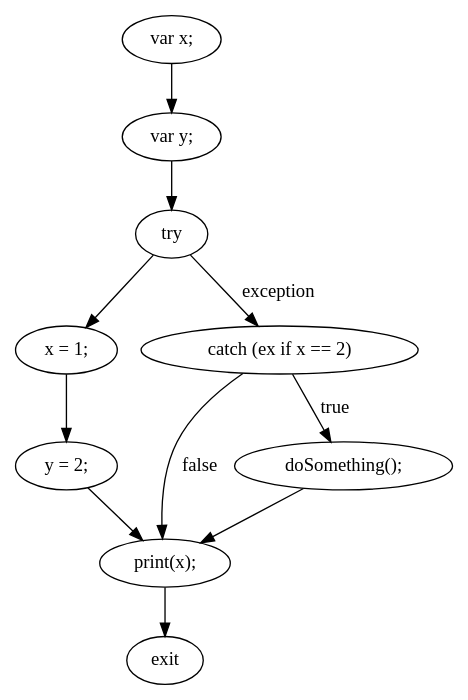
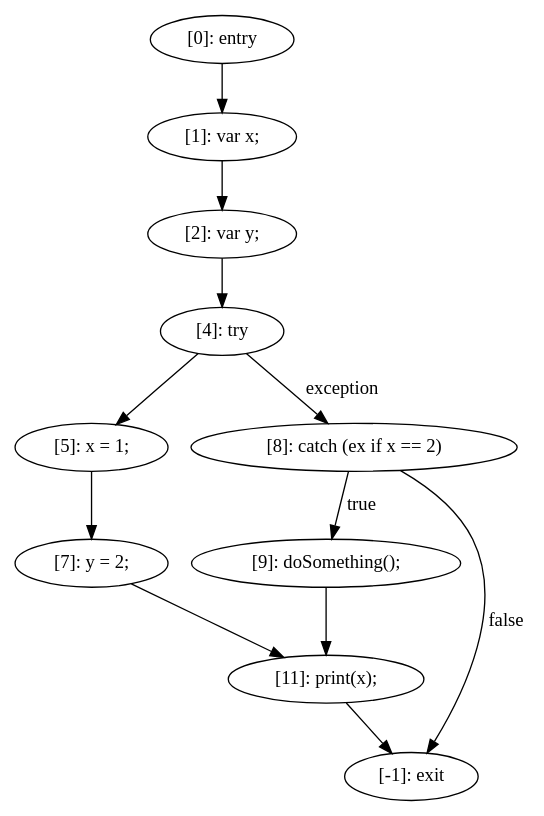
One commit to Shoreray/JsRetest changed the diagram in JsRetest/jsTests/dotFiles/testTryCatch.js.0.dot. Above: the diagram before and after it, drawn with Graphviz. The commit also changed 236 other files, not shown here.

```diff
--- a/JsRetest/jsTests/dotFiles/testTryCatch.js.0.dot
+++ b/JsRetest/jsTests/dotFiles/testTryCatch.js.0.dot
@@ -1,21 +1,23 @@
 digraph {
-"0" [label="x = 1;\n"] 
-"1" [label="try "] 
-"2" [label="print(x);\n"] 
-"3" [label="y = 2;\n"] 
-"4" [label="doSomething();\n"] 
-"5" [label="catch (ex if x == 2) "] 
-"6" [label="var y;\n"] 
-"7" [label="exit"] 
-"8" [label="var x;\n"] 
+"0" [label="[9]: doSomething();\n"] 
+"1" [label="[2]: var y;\n"] 
+"2" [label="[5]: x = 1;\n"] 
+"3" [label="[11]: print(x);\n"] 
+"4" [label="[1]: var x;\n"] 
+"5" [label="[-1]: exit"] 
+"6" [label="[8]: catch (ex if x == 2) "] 
+"7" [label="[4]: try "] 
+"8" [label="[0]: entry"] 
+"9" [label="[7]: y = 2;\n"] 
 "0" -> "3" [label=""] 
-"1" -> "5" [label="exception"] 
-"1" -> "0" [label=""] 
-"2" -> "7" [label=""] 
-"3" -> "2" [label=""] 
-"4" -> "2" [label=""] 
-"5" -> "2" [label="false"] 
-"5" -> "4" [label="true"] 
-"6" -> "1" [label=""] 
-"8" -> "6" [label=""] 
+"1" -> "7" [label=""] 
+"2" -> "9" [label=""] 
+"3" -> "5" [label=""] 
+"4" -> "1" [label=""] 
+"6" -> "5" [label="false"] 
+"6" -> "0" [label="true"] 
+"7" -> "6" [label="exception"] 
+"7" -> "2" [label=""] 
+"8" -> "4" [label=""] 
+"9" -> "3" [label=""] 
 }
```
